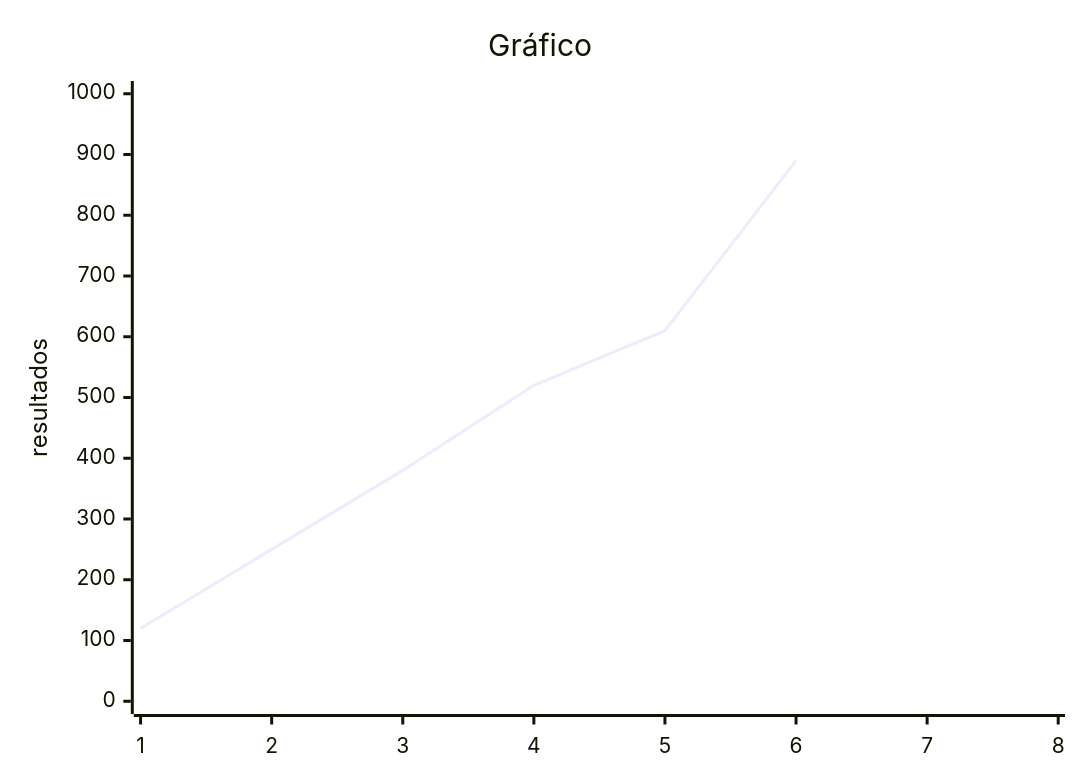
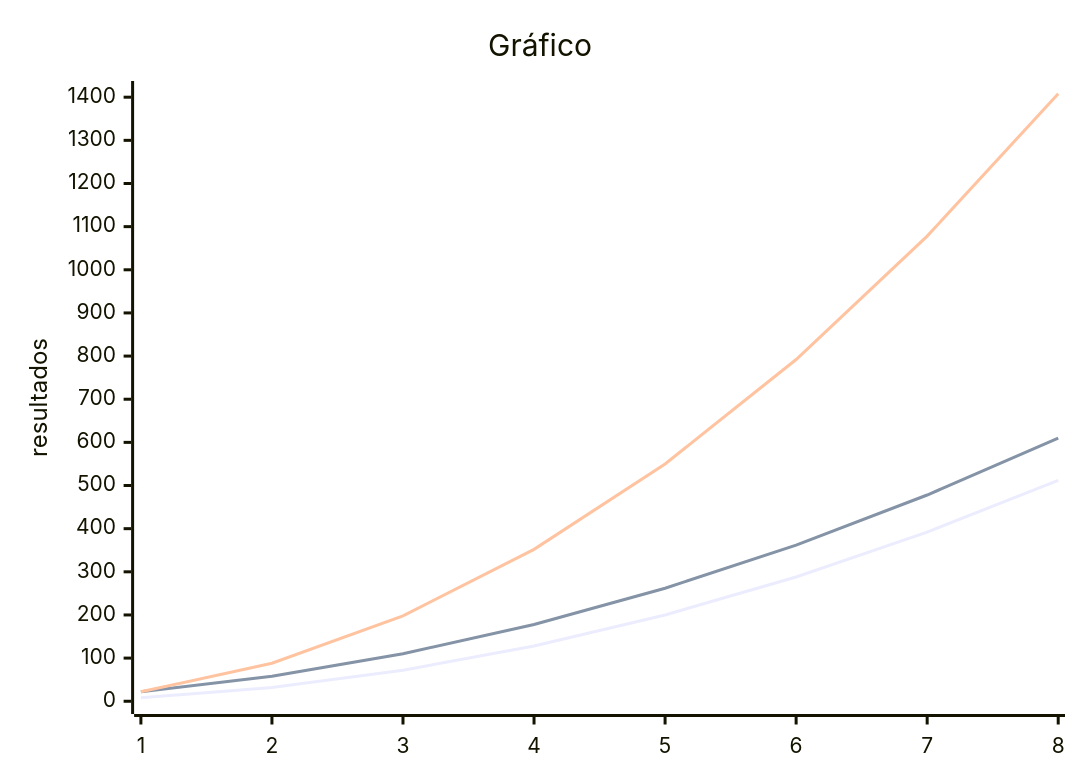
The diagram in README.md (Alice-1718/avalia-o_complexidade_de_algoritmos-), drawn with Mermaid before and after one commit. The commit also changed other lines of this file, not shown here.

````diff
--- a/README.md
+++ b/README.md
@@ -96,7 +96,9 @@
   ```mermaid
   xychart-beta
       title "Gráfico"
       x-axis [1,2,3,4,5,6,7,8]
-      y-axis "resultados" 0 --> 1000
-      line [120, 250, 380, 520, 610, 890]
+      y-axis "resultados" 0 --> 1408
+      line [8, 32, 72, 128, 200, 288, 392, 512]
+      line [22, 58, 110, 178, 262, 362, 478, 610]
+      line [22, 88, 198, 352, 550, 792, 1078, 1408]
   ```
````
